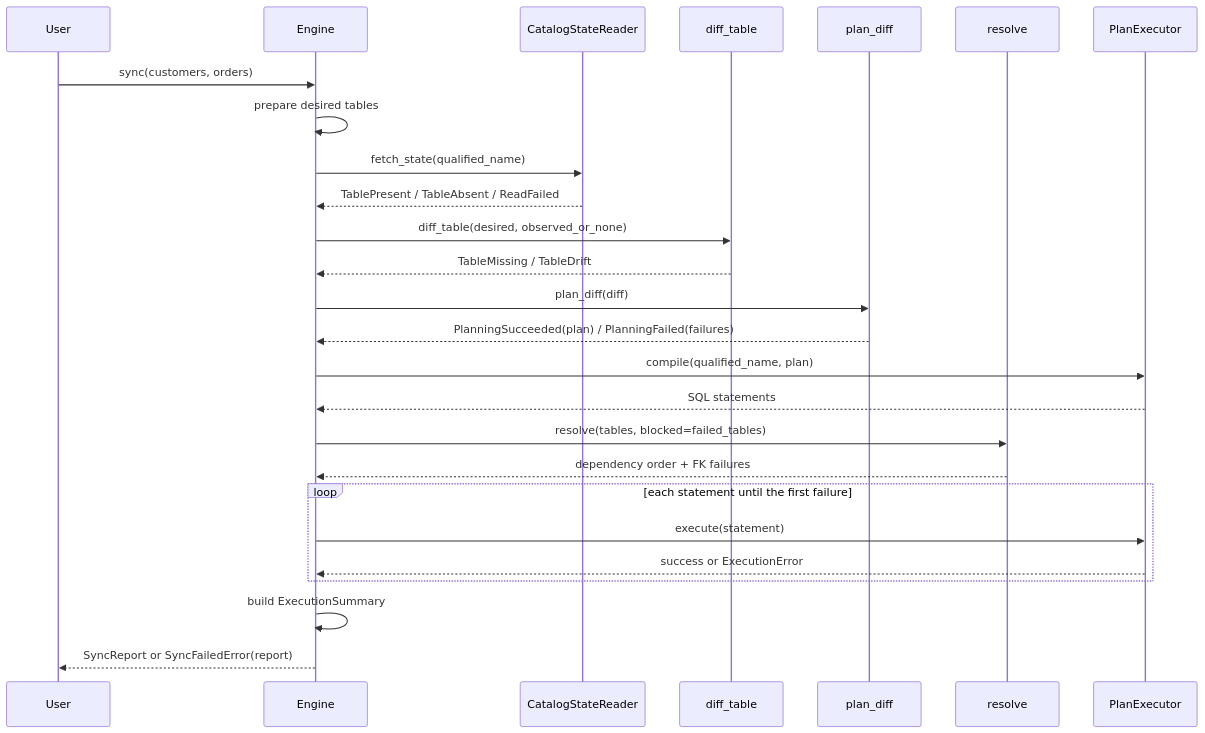
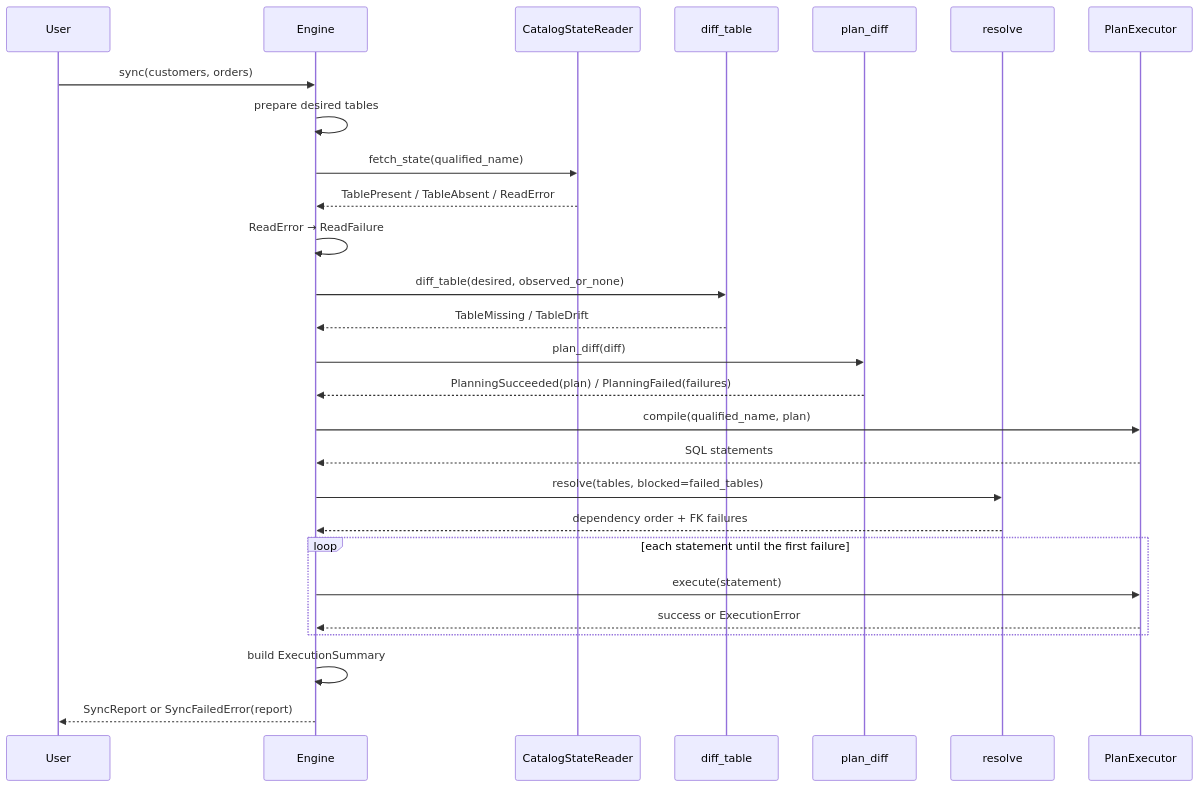
The third of 5 diagrams in docs/explanation-architecture.md (Tomoscorbin/delta-engine), drawn with Mermaid before and after one commit. The commit also changed other lines of this file and 33 other files, not shown here.

````diff
--- a/docs/explanation-architecture.md
+++ b/docs/explanation-architecture.md
@@ -247,29 +252,30 @@
 ```mermaid
 sequenceDiagram
     participant User
     participant Engine
     participant Reader as CatalogStateReader
     participant Differ as diff_table
     participant Planner as plan_diff
     participant Resolver as resolve
     participant Executor as PlanExecutor
 
     User->>Engine: sync(customers, orders)
     Engine->>Engine: prepare desired tables
     Engine->>Reader: fetch_state(qualified_name)
-    Reader-->>Engine: TablePresent / TableAbsent / ReadFailed
+    Reader-->>Engine: TablePresent / TableAbsent / ReadError
+    Engine->>Engine: ReadError → ReadFailure
     Engine->>Differ: diff_table(desired, observed_or_none)
     Differ-->>Engine: TableMissing / TableDrift
     Engine->>Planner: plan_diff(diff)
     Planner-->>Engine: PlanningSucceeded(plan) / PlanningFailed(failures)
     Engine->>Executor: compile(qualified_name, plan)
     Executor-->>Engine: SQL statements
     Engine->>Resolver: resolve(tables, blocked=failed_tables)
     Resolver-->>Engine: dependency order + FK failures
     loop each statement until the first failure
         Engine->>Executor: execute(statement)
         Executor-->>Engine: success or ExecutionError
     end
     Engine->>Engine: build ExecutionSummary
     Engine-->>User: SyncReport or SyncFailedError(report)
 ```
````
